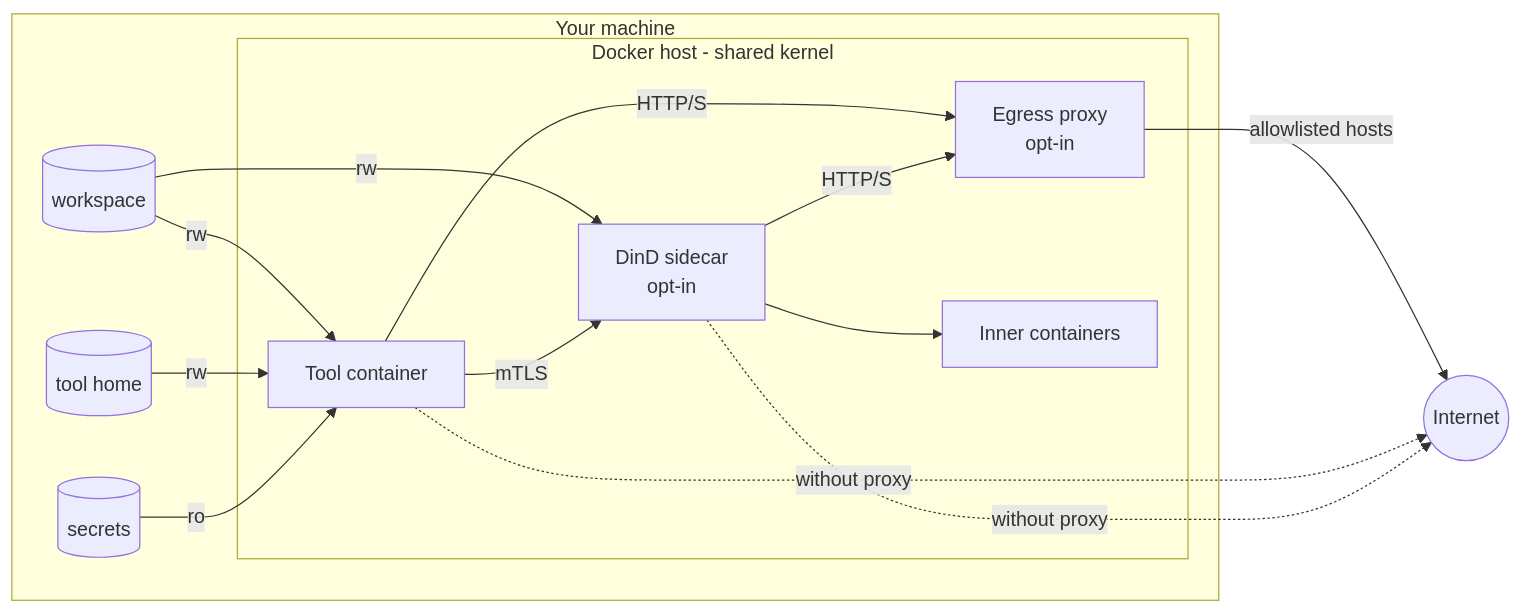
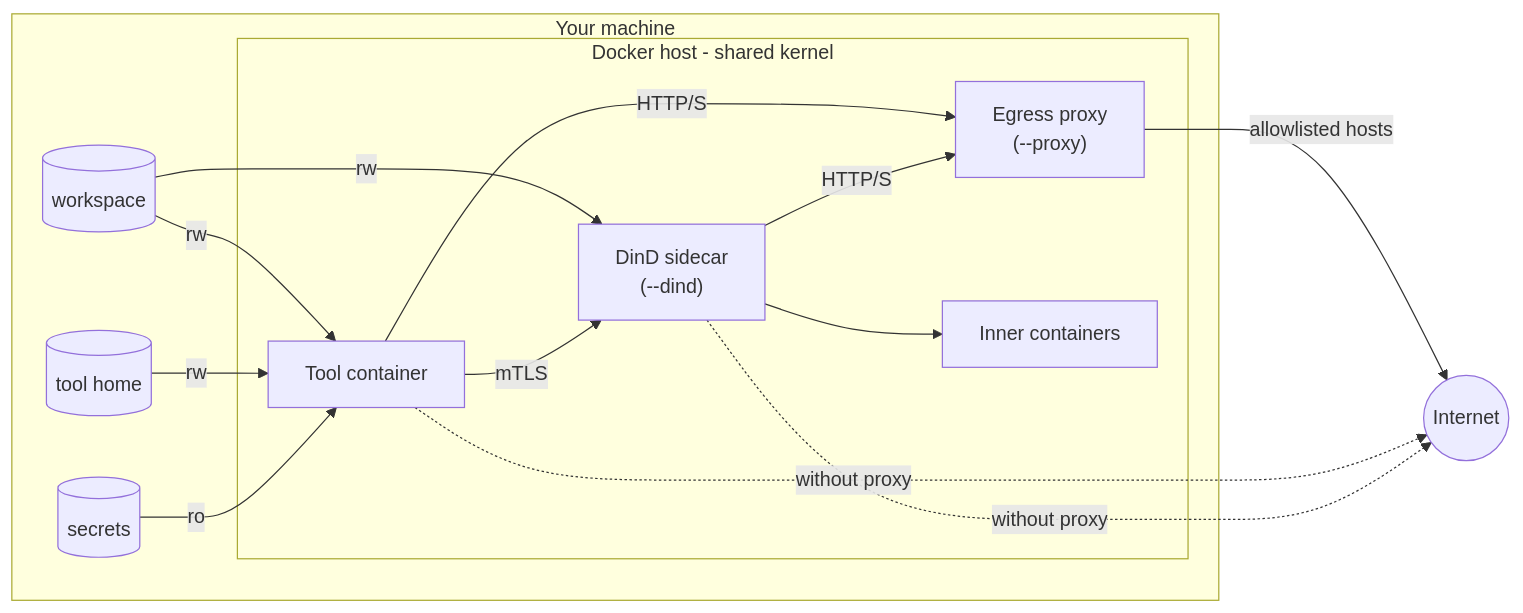
The diagram in docs/security-model.md (dylanvgils/agentic-cli), drawn with Mermaid before and after one commit. The commit also changed other lines of this file, not shown here.

Commit message:
update diagram

````diff
--- a/docs/security-model.md
+++ b/docs/security-model.md
@@ -7,25 +7,25 @@
 ```mermaid
 flowchart LR
     subgraph host[Your machine]
         ws[(workspace)]
         th[(tool home)]
         sec[(secrets)]
         subgraph docker[Docker host - shared kernel]
             tool[Tool container]
-            proxy[Egress proxy<br/>opt-in]
-            dind[DinD sidecar<br/>opt-in]
+            proxy["Egress proxy<br/>(--proxy)"]
+            dind["DinD sidecar<br/>(--dind)"]
             inner[Inner containers]
         end
     end
     net((Internet))
 
     ws -- rw --> tool
     th -- rw --> tool
     sec -- ro --> tool
     ws -- rw --> dind
     tool -- HTTP/S --> proxy -- allowlisted hosts --> net
     tool -- mTLS --> dind --> inner
     dind -- HTTP/S --> proxy
     tool -.->|without proxy| net
     dind -.->|without proxy| net
 ```
````
